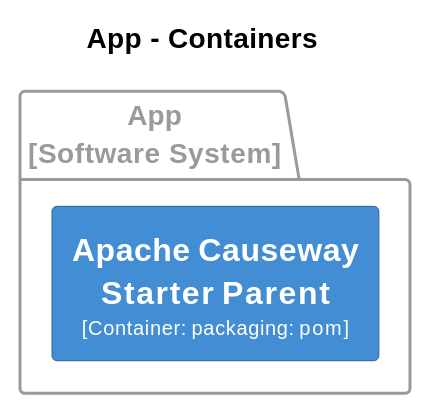
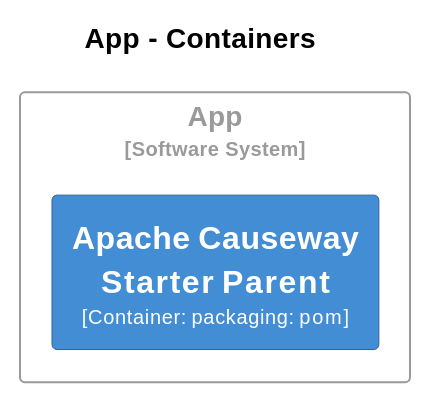
The first of 31 diagrams in core/adoc/modules/_overview/pages/about.adoc (apache/causeway), drawn with PlantUML before and after one commit. The commit also changed other lines of this file and 4 other files, not shown here.

```diff
--- a/core/adoc/modules/_overview/pages/about.adoc
+++ b/core/adoc/modules/_overview/pages/about.adoc
@@ -8,33 +8,33 @@
 [plantuml,App,svg]
 ----
 @startuml
 set separator none
 title App - Containers
 
 left to right direction
 
 skinparam {
   shadowing false
   arrowFontSize 10
   defaultTextAlignment center
   wrapWidth 200
   maxMessageSize 100
 }
 
 hide stereotype
 
 skinparam rectangle<<App.ApacheCausewayStarterParent>> {
   BackgroundColor #438dd5
   FontColor #fffffe
   BorderColor #2e6295
 }
 
-package "App\n[Software System]" <<App>> {
-  skinparam PackageBorderColor<<App>> #9a9a9a
-  skinparam PackageFontColor<<App>> #9a9a9a
+rectangle "App\n<size:10>[Software System]</size>" <<App>> {
+  skinparam RectangleBorderColor<<App>> #9a9a9a
+  skinparam RectangleFontColor<<App>> #9a9a9a
 
   rectangle "==Apache Causeway Starter Parent\n<size:10>[Container: packaging: pom]</size>" <<App.ApacheCausewayStarterParent>> as App.ApacheCausewayStarterParent
 }
 
 @enduml
 ----
```
